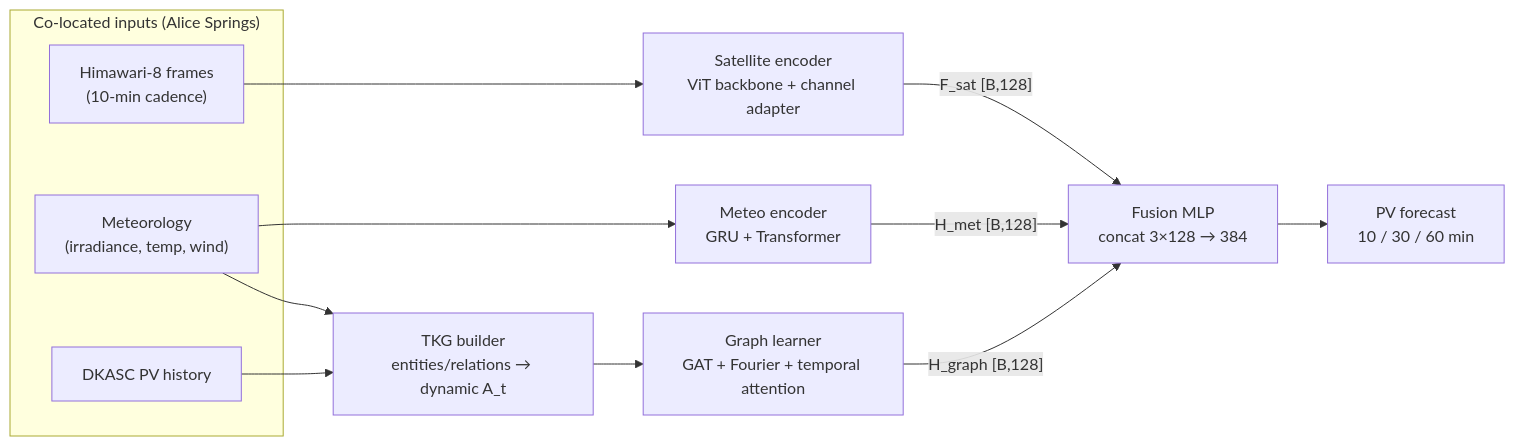
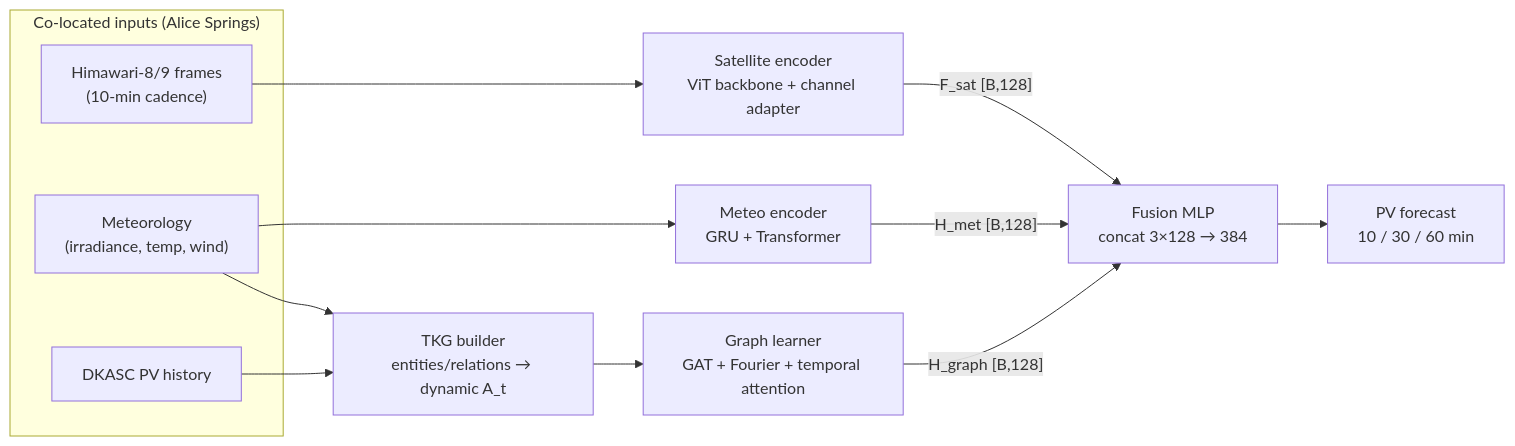
The diagram in README.md (DucLong06/tkg-solar-satellite-reasoning), drawn with Mermaid before and after one commit. The commit also changed other lines of this file and 14 other files, not shown here.

````diff
--- a/README.md
+++ b/README.md
@@ -29,17 +29,17 @@
 ```mermaid
 flowchart LR
     subgraph Data["Co-located inputs (Alice Springs)"]
-        SAT["Himawari-8 frames<br/>(10-min cadence)"]
+        SAT["Himawari-8/9 frames<br/>(10-min cadence)"]
         MET["Meteorology<br/>(irradiance, temp, wind)"]
         PV["DKASC PV history"]
     end
     SAT --> SE["Satellite encoder<br/>ViT backbone + channel adapter"]
     MET --> ME["Meteo encoder<br/>GRU + Transformer"]
     PV --> TKG["TKG builder<br/>entities/relations → dynamic A_t"]
     MET --> TKG
     TKG --> GL["Graph learner<br/>GAT + Fourier + temporal attention"]
     SE -- "F_sat [B,128]" --> FU["Fusion MLP<br/>concat 3×128 → 384"]
     ME -- "H_met [B,128]" --> FU
     GL -- "H_graph [B,128]" --> FU
     FU --> OUT["PV forecast<br/>10 / 30 / 60 min"]
 ```
````
